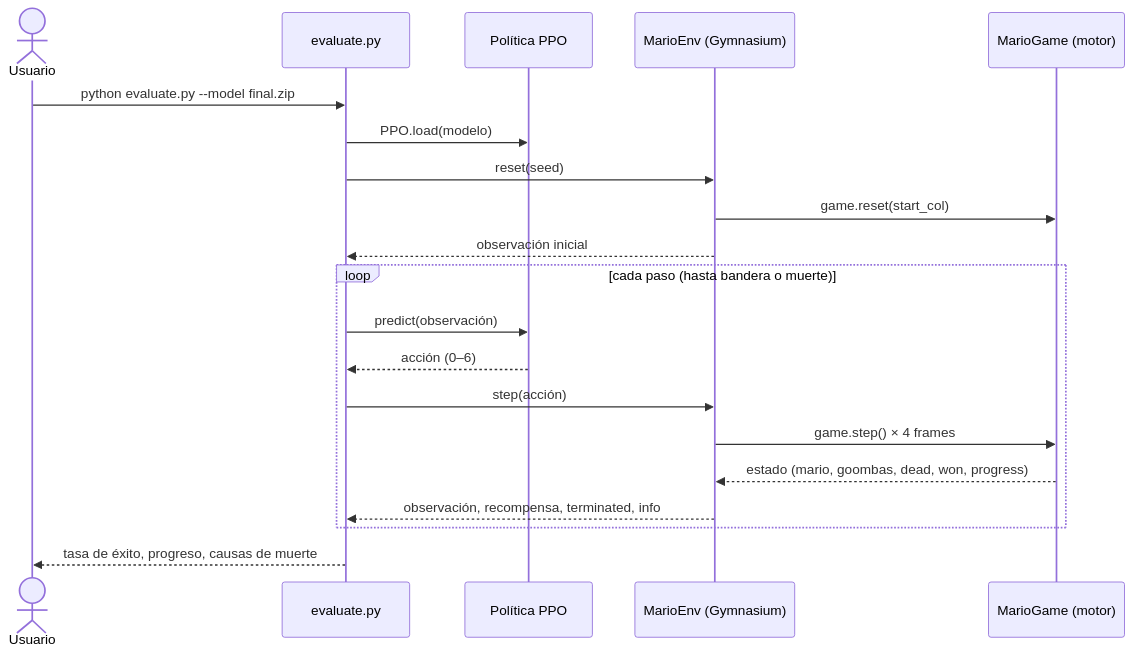
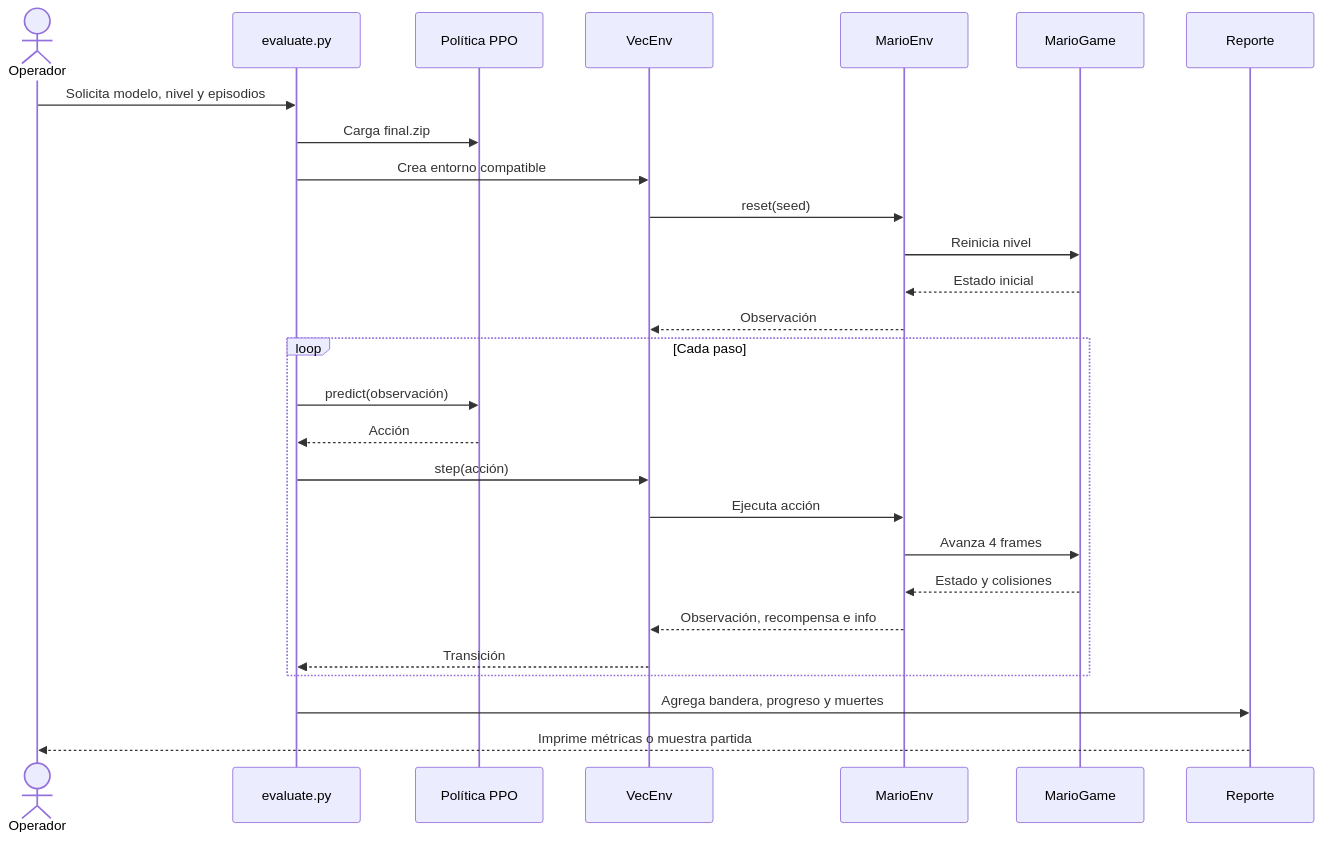
Before and after one commit to dani-g11/Mario-DRL: the second of 2 diagrams in README.md, drawn with Mermaid. The commit also changed other lines of this file, not shown here.

````diff
--- a/README.md
+++ b/README.md
@@ -101,23 +118,30 @@
 ```mermaid
 sequenceDiagram
-    actor U as Usuario
-    participant EV as evaluate.py
+    actor U as Operador
+    participant E as evaluate.py
     participant M as Política PPO
-    participant ENV as MarioEnv (Gymnasium)
-    participant G as MarioGame (motor)
+    participant V as VecEnv
+    participant Env as MarioEnv
+    participant G as MarioGame
+    participant R as Reporte
 
-    U->>EV: python evaluate.py --model final.zip
-    EV->>M: PPO.load(modelo)
-    EV->>ENV: reset(seed)
-    ENV->>G: game.reset(start_col)
-    ENV-->>EV: observación inicial
-    loop cada paso (hasta bandera o muerte)
-        EV->>M: predict(observación)
-        M-->>EV: acción (0–6)
-        EV->>ENV: step(acción)
-        ENV->>G: game.step() × 4 frames
-        G-->>ENV: estado (mario, goombas, dead, won, progress)
-        ENV-->>EV: observación, recompensa, terminated, info
+    U->>E: Solicita modelo, nivel y episodios
+    E->>M: Carga final.zip
+    E->>V: Crea entorno compatible
+    V->>Env: reset(seed)
+    Env->>G: Reinicia nivel
+    G-->>Env: Estado inicial
+    Env-->>V: Observación
+    loop Cada paso
+        E->>M: predict(observación)
+        M-->>E: Acción
+        E->>V: step(acción)
+        V->>Env: Ejecuta acción
+        Env->>G: Avanza 4 frames
+        G-->>Env: Estado y colisiones
+        Env-->>V: Observación, recompensa e info
+        V-->>E: Transición
     end
-    EV-->>U: tasa de éxito, progreso, causas de muerte
+    E->>R: Agrega bandera, progreso y muertes
+    R-->>U: Imprime métricas o muestra partida
 ```
````
